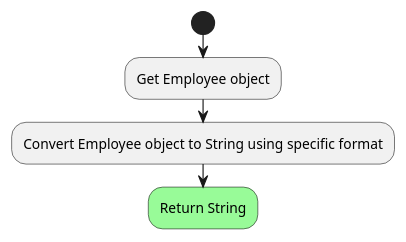
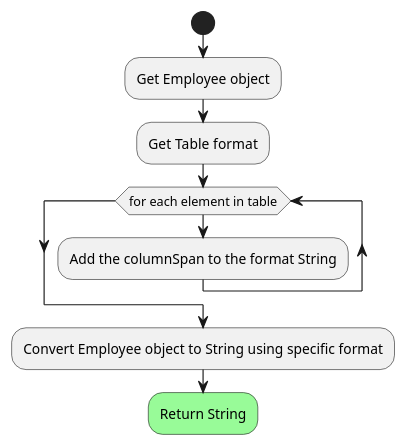
One commit to mplekunov/Assignment_3 changed the diagram in src/main/resources/ex42/ActivityDiagrams/OutputFormatter.puml. Above: the diagram before and after it, drawn with PlantUML. The commit also changed 13 other files, not shown here.

Commit message:
Upd: ex42 UML ClassDiagrams and ActivityDiagrams

```diff
--- a/src/main/resources/ex42/ActivityDiagrams/OutputFormatter.puml
+++ b/src/main/resources/ex42/ActivityDiagrams/OutputFormatter.puml
@@ -1,10 +1,15 @@
 @startuml
 'https://plantuml.com/activity-diagram-beta
 
 start
     :Get Employee object;
+    :Get Table format;
+    while (for each element in table)
+        :Add the columnSpan to the format String;
+    endwhile
+
     :Convert Employee object to String using specific format;
     #palegreen:Return String;
     kill
 
 @enduml
```
